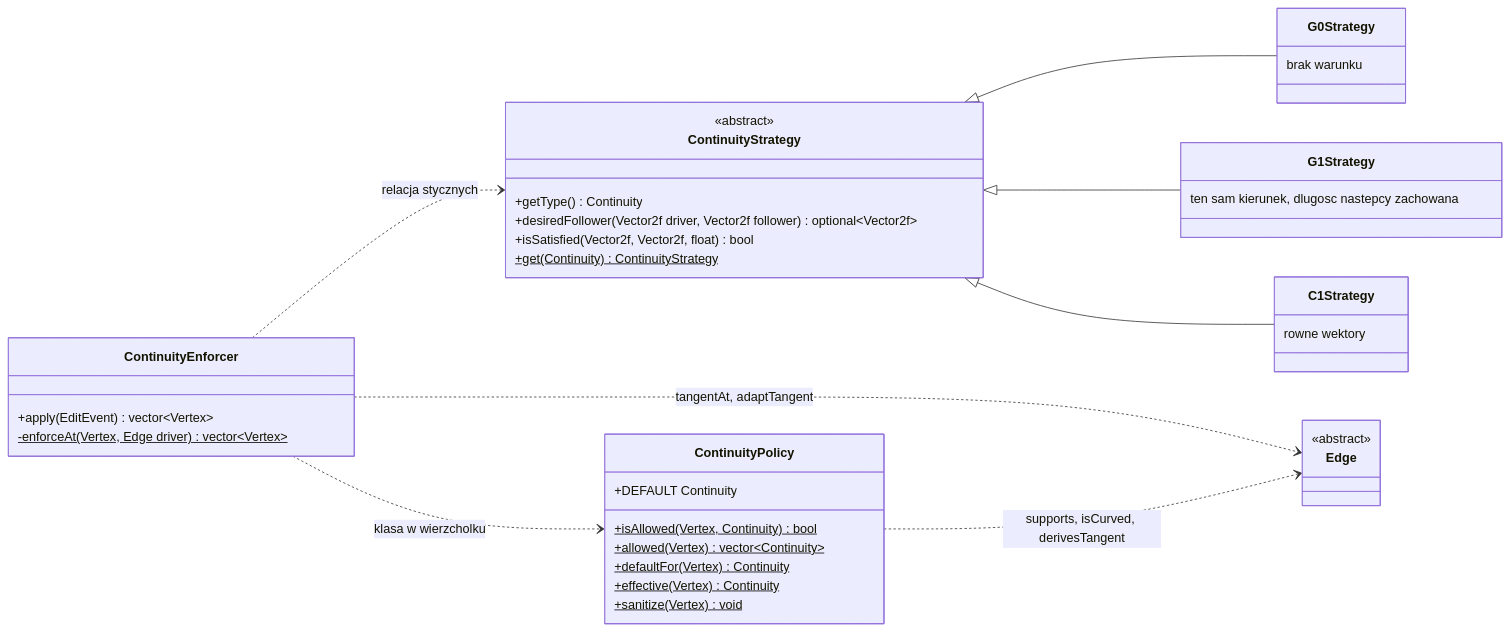
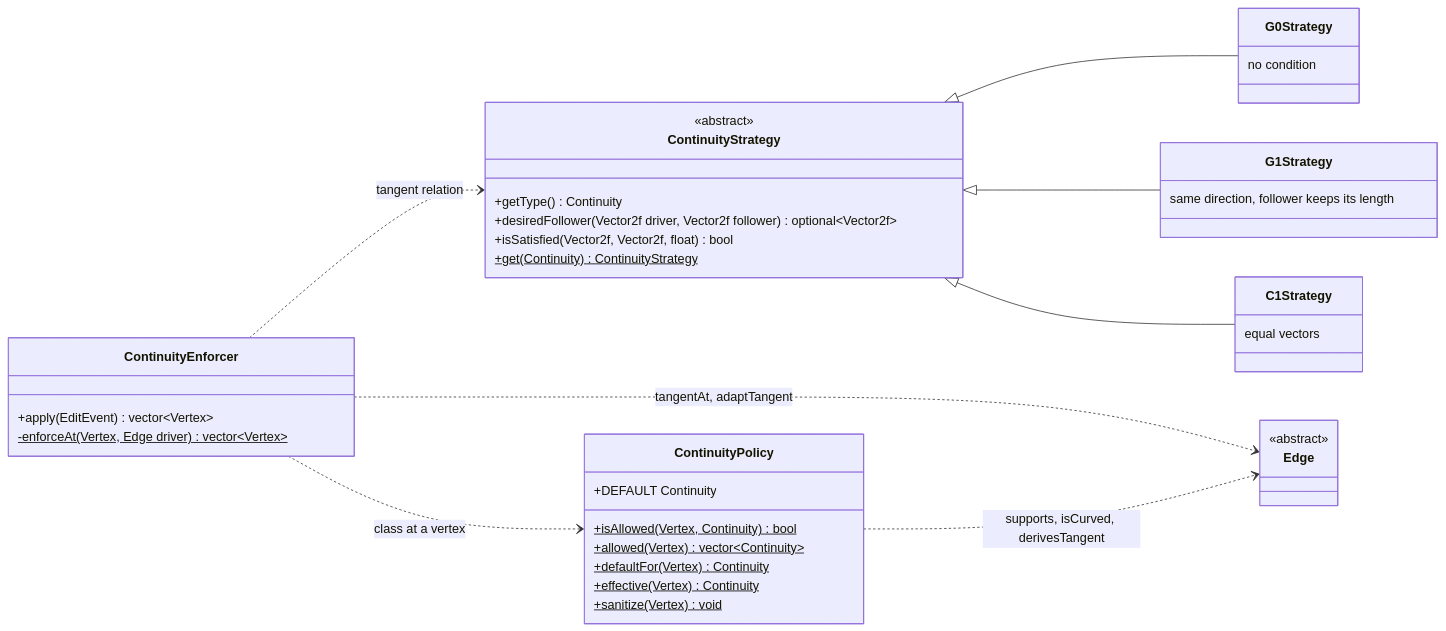
Before and after one commit to PatrickFongang/Polygon-Editor: the second of 4 diagrams in README.md, drawn with Mermaid. The commit also changed other lines of this file, not shown here.

````diff
--- a/README.md
+++ b/README.md
@@ -140,43 +140,43 @@
 ```mermaid
 classDiagram
     direction LR
     class ContinuityStrategy {
         <<abstract>>
         +getType() Continuity
         +desiredFollower(Vector2f driver, Vector2f follower) optional~Vector2f~
         +isSatisfied(Vector2f, Vector2f, float) bool
         +get(Continuity)$ ContinuityStrategy
     }
     class G0Strategy {
-        brak warunku
+        no condition
     }
     class G1Strategy {
-        ten sam kierunek, dlugosc nastepcy zachowana
+        same direction, follower keeps its length
     }
     class C1Strategy {
-        rowne wektory
+        equal vectors
     }
     ContinuityStrategy <|-- G0Strategy
     ContinuityStrategy <|-- G1Strategy
     ContinuityStrategy <|-- C1Strategy
 
     class ContinuityPolicy {
         +DEFAULT Continuity
         +isAllowed(Vertex, Continuity)$ bool
         +allowed(Vertex)$ vector~Continuity~
         +defaultFor(Vertex)$ Continuity
         +effective(Vertex)$ Continuity
         +sanitize(Vertex)$ void
     }
     class ContinuityEnforcer {
         +apply(EditEvent) vector~Vertex~
         -enforceAt(Vertex, Edge driver)$ vector~Vertex~
     }
     class Edge {
         <<abstract>>
     }
-    ContinuityEnforcer ..> ContinuityStrategy : relacja stycznych
-    ContinuityEnforcer ..> ContinuityPolicy : klasa w wierzcholku
+    ContinuityEnforcer ..> ContinuityStrategy : tangent relation
+    ContinuityEnforcer ..> ContinuityPolicy : class at a vertex
     ContinuityEnforcer ..> Edge : tangentAt, adaptTangent
     ContinuityPolicy ..> Edge : supports, isCurved, derivesTangent
 ```
````
